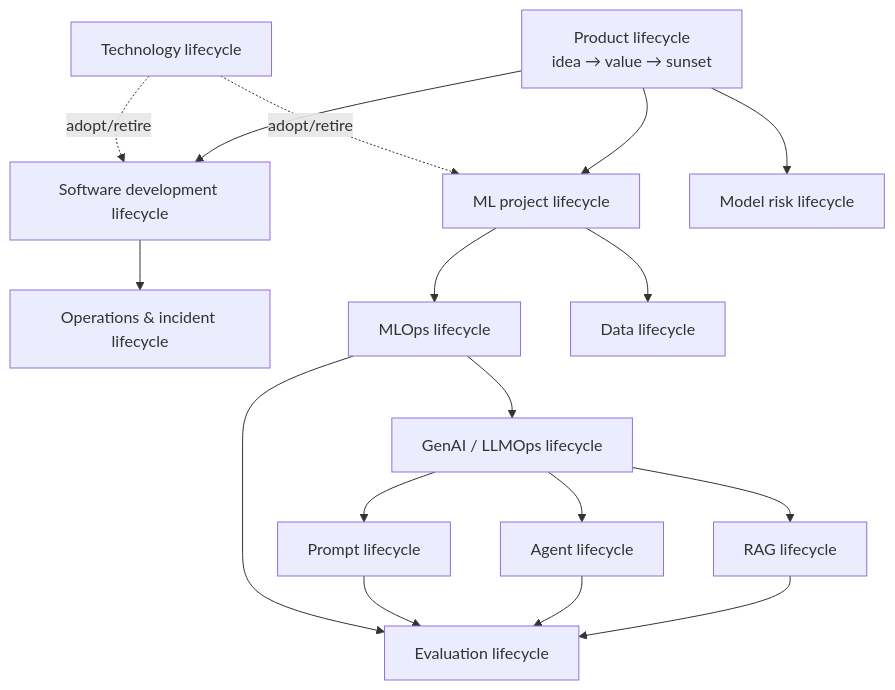
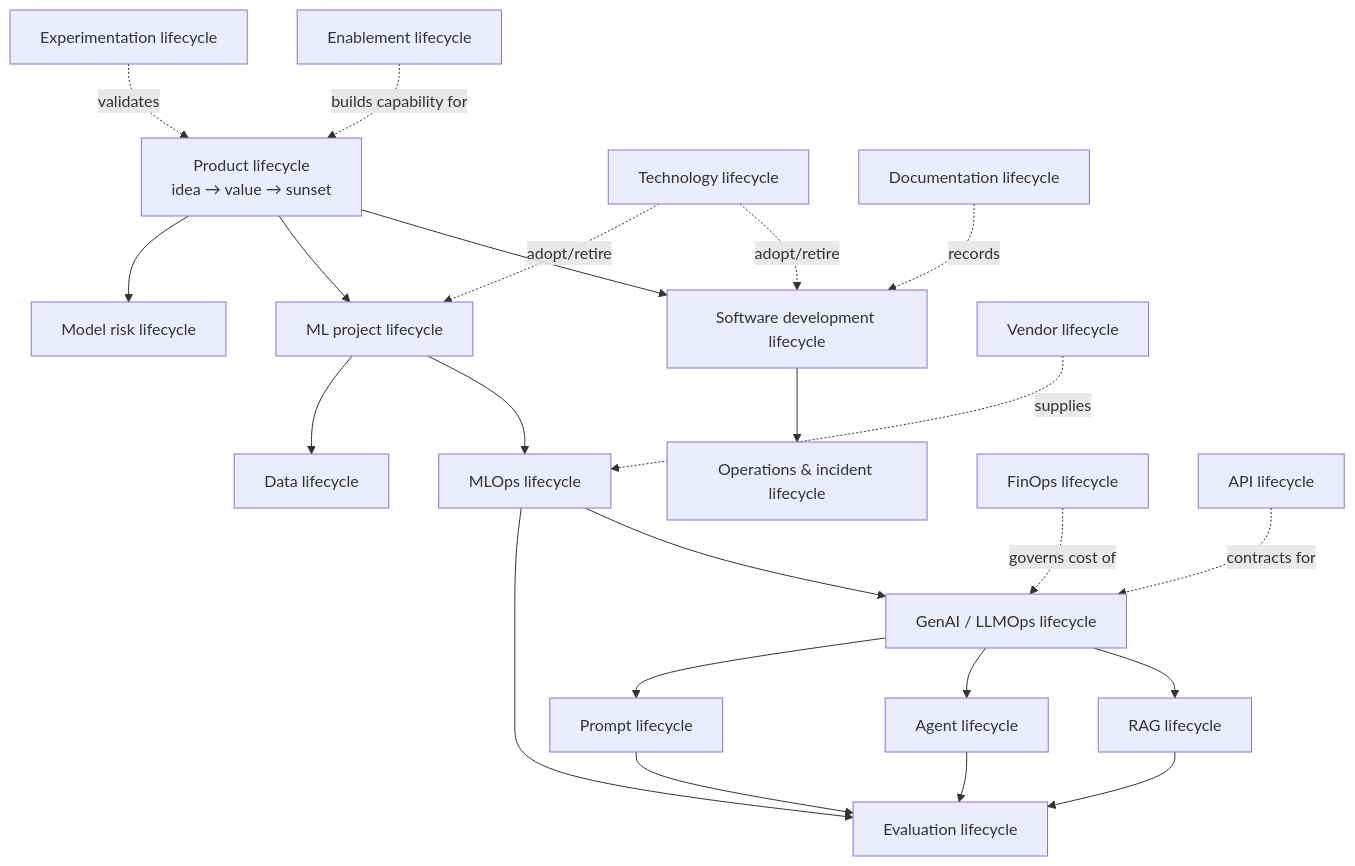
The diagram in lifecycles/README.md (MrKyaw/Enterprise-AI-Reference-Architecture), drawn with Mermaid before and after one commit. The commit also changed other lines of this file and 33 other files, not shown here.

````diff
--- a/lifecycles/README.md
+++ b/lifecycles/README.md
@@ -25,20 +31,26 @@
 ```mermaid
 flowchart TB
     P[Product lifecycle<br/>idea → value → sunset]
     P --> S[Software development lifecycle]
     P --> M[ML project lifecycle]
     P --> MR[Model risk lifecycle]
     S --> O[Operations & incident lifecycle]
     M --> MLO[MLOps lifecycle]
     M --> D[Data lifecycle]
     MLO --> GEN[GenAI / LLMOps lifecycle]
     GEN --> R[RAG lifecycle]
     GEN --> A[Agent lifecycle]
     GEN --> PR[Prompt lifecycle]
     R --> E[Evaluation lifecycle]
     A --> E
     PR --> E
     MLO --> E
     T[Technology lifecycle] -.adopt/retire.-> S
     T -.adopt/retire.-> M
+    V[Vendor lifecycle] -.supplies.-> MLO
+    F[FinOps lifecycle] -.governs cost of.-> GEN
+    EN[Enablement lifecycle] -.builds capability for.-> P
+    D2[Documentation lifecycle] -.records.-> S
+    A2[API lifecycle] -.contracts for.-> GEN
+    X[Experimentation lifecycle] -.validates.-> P
 ```
````
